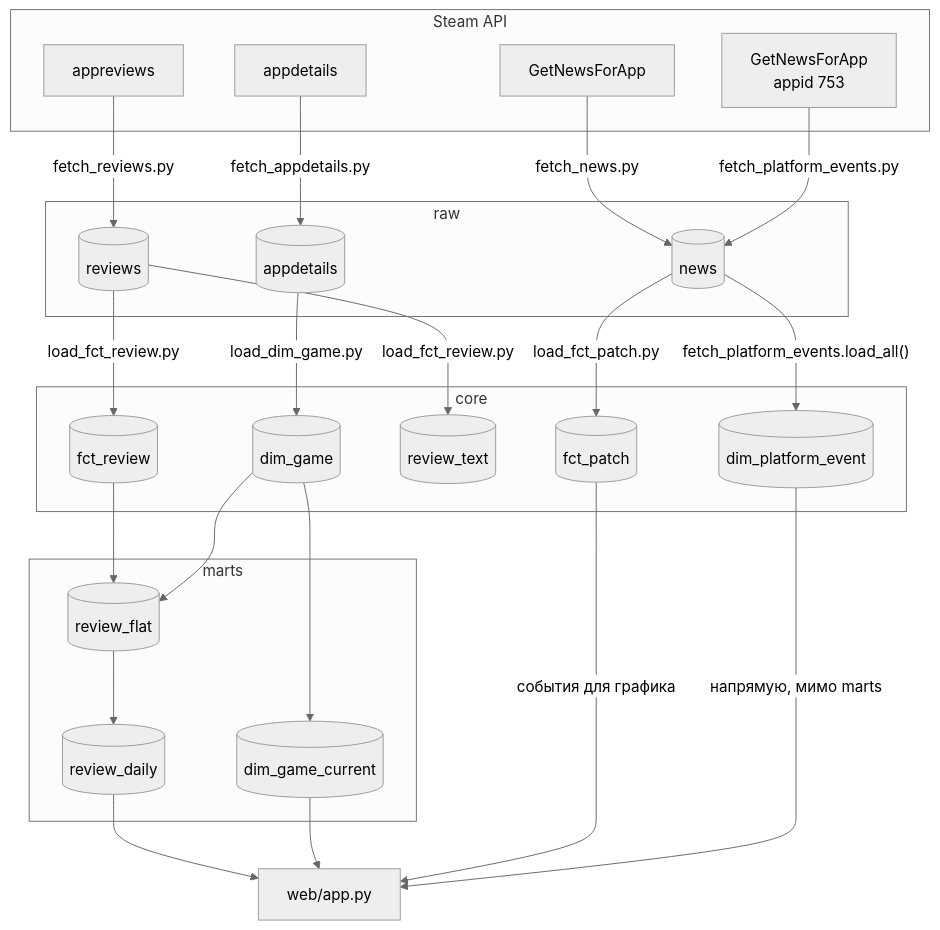
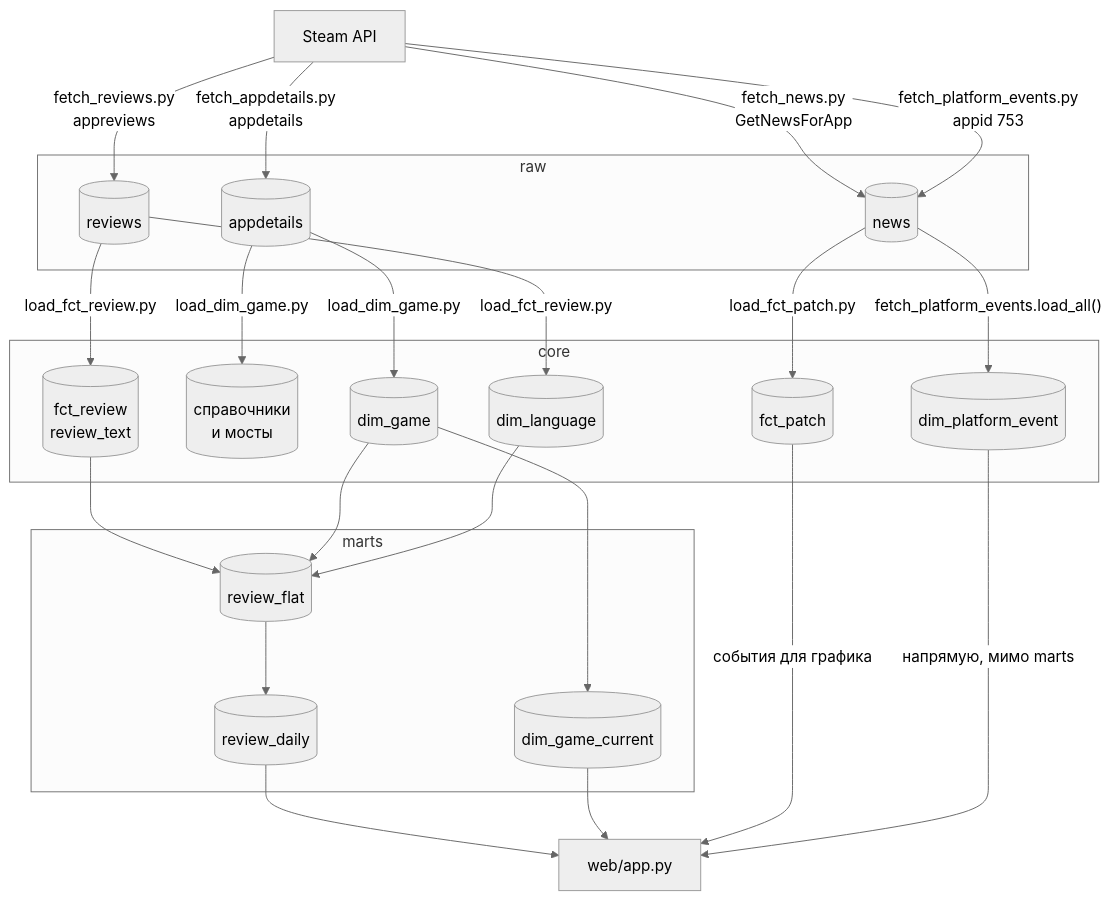
One commit to lebedev-ay/steam-health changed the first of 3 diagrams in docs/model.md. Above: the diagram before and after it, drawn with Mermaid (neutral theme). The commit also changed other lines of this file and 1 other file, not shown here.

````diff
--- a/docs/model.md
+++ b/docs/model.md
@@ -14,52 +13,46 @@
 ```mermaid
 flowchart TD
-    subgraph steam["Steam API"]
-        API_REV["appreviews"]
-        API_NEWS["GetNewsForApp"]
-        API_DET["appdetails"]
-        API_PLAT["GetNewsForApp<br>appid 753"]
-    end
-
+    STEAM["Steam API"]
     subgraph rawschema["raw"]
         RAW_REV[("reviews")]
         RAW_NEWS[("news")]
         RAW_DET[("appdetails")]
     end
-
     subgraph coreschema["core"]
         C_GAME[("dim_game")]
-        C_REVIEW[("fct_review")]
-        C_TEXT[("review_text")]
+        C_REF[("справочники<br>и мосты")]
+        C_REVIEW[("fct_review<br>review_text")]
+        C_LANG[("dim_language")]
         C_PATCH[("fct_patch")]
         C_PLATFORM[("dim_platform_event")]
     end
-
     subgraph martsschema["marts"]
         M_FLAT[("review_flat")]
         M_DAILY[("review_daily")]
         M_CUR[("dim_game_current")]
     end
-
     WEB["web/app.py"]
 
-    API_REV -->|"fetch_reviews.py"| RAW_REV
-    API_NEWS -->|"fetch_news.py"| RAW_NEWS
-    API_DET -->|"fetch_appdetails.py"| RAW_DET
-    API_PLAT -->|"fetch_platform_events.py"| RAW_NEWS
+    STEAM -->|"fetch_reviews.py<br>appreviews"| RAW_REV
+    STEAM -->|"fetch_news.py<br>GetNewsForApp"| RAW_NEWS
+    STEAM -->|"fetch_appdetails.py<br>appdetails"| RAW_DET
+    STEAM -->|"fetch_platform_events.py<br>appid 753"| RAW_NEWS
 
     RAW_REV -->|"load_fct_review.py"| C_REVIEW
-    RAW_REV -->|"load_fct_review.py"| C_TEXT
+    RAW_REV -->|"load_fct_review.py"| C_LANG
     RAW_DET -->|"load_dim_game.py"| C_GAME
+    RAW_DET -->|"load_dim_game.py"| C_REF
     RAW_NEWS -->|"load_fct_patch.py"| C_PATCH
     RAW_NEWS -->|"fetch_platform_events.load_all()"| C_PLATFORM
 
     C_REVIEW --> M_FLAT
     C_GAME --> M_FLAT
+    C_LANG --> M_FLAT
     C_GAME --> M_CUR
     M_FLAT --> M_DAILY
 
     M_DAILY --> WEB
     M_CUR --> WEB
     C_PATCH -->|"события для графика"| WEB
     C_PLATFORM -->|"напрямую, мимо marts"| WEB
 ```
````
